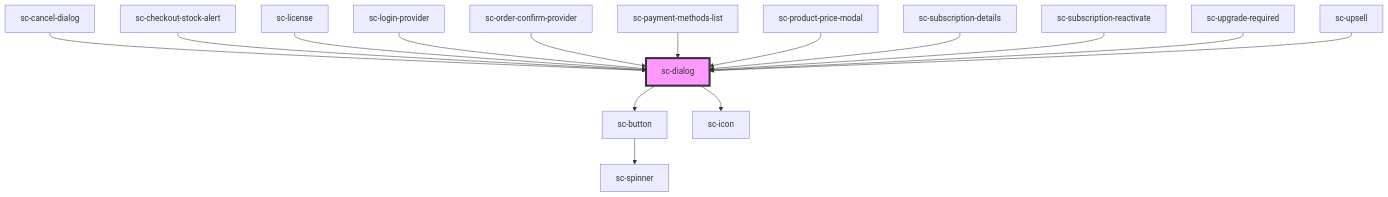
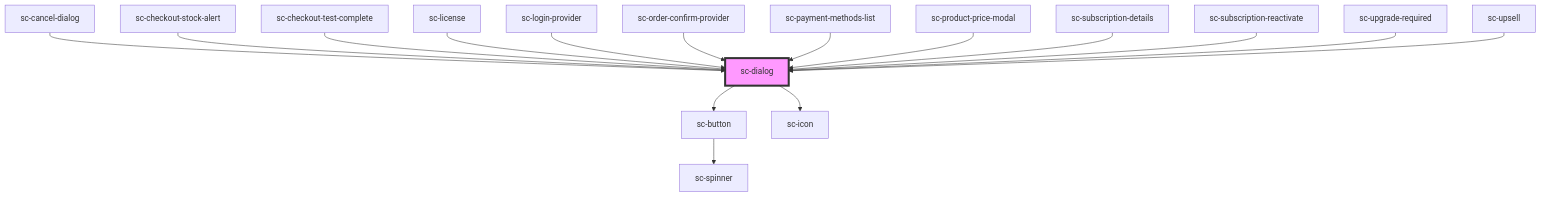
One commit to surecart/surecart-wp-plugin changed the diagram in packages/components/src/components/ui/sc-dialog/readme.md. Above: the diagram before and after it, drawn with Mermaid. The commit also changed other lines of this file and 8 other files, not shown here.

````diff
--- a/packages/components/src/components/ui/sc-dialog/readme.md
+++ b/packages/components/src/components/ui/sc-dialog/readme.md
@@ -65,18 +66,19 @@
 ```mermaid
 graph TD;
   sc-dialog --> sc-button
   sc-dialog --> sc-icon
   sc-button --> sc-spinner
   sc-cancel-dialog --> sc-dialog
   sc-checkout-stock-alert --> sc-dialog
+  sc-checkout-test-complete --> sc-dialog
   sc-license --> sc-dialog
   sc-login-provider --> sc-dialog
   sc-order-confirm-provider --> sc-dialog
   sc-payment-methods-list --> sc-dialog
   sc-product-price-modal --> sc-dialog
   sc-subscription-details --> sc-dialog
   sc-subscription-reactivate --> sc-dialog
   sc-upgrade-required --> sc-dialog
   sc-upsell --> sc-dialog
   style sc-dialog fill:#f9f,stroke:#333,stroke-width:4px
 ```
````
